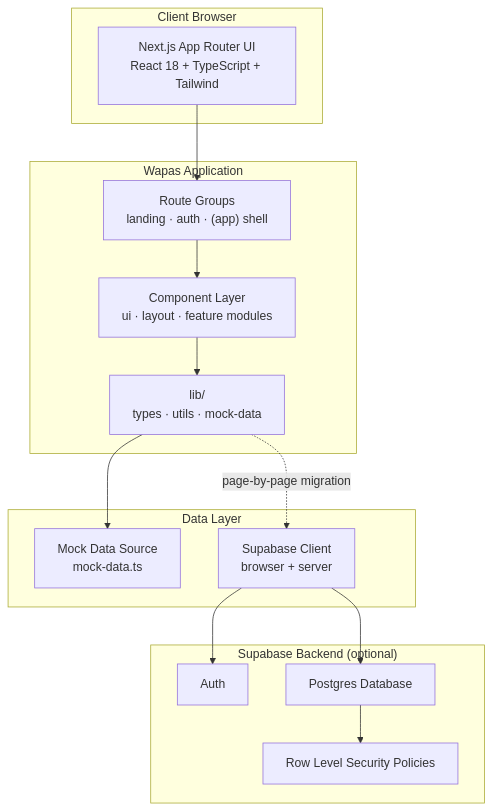
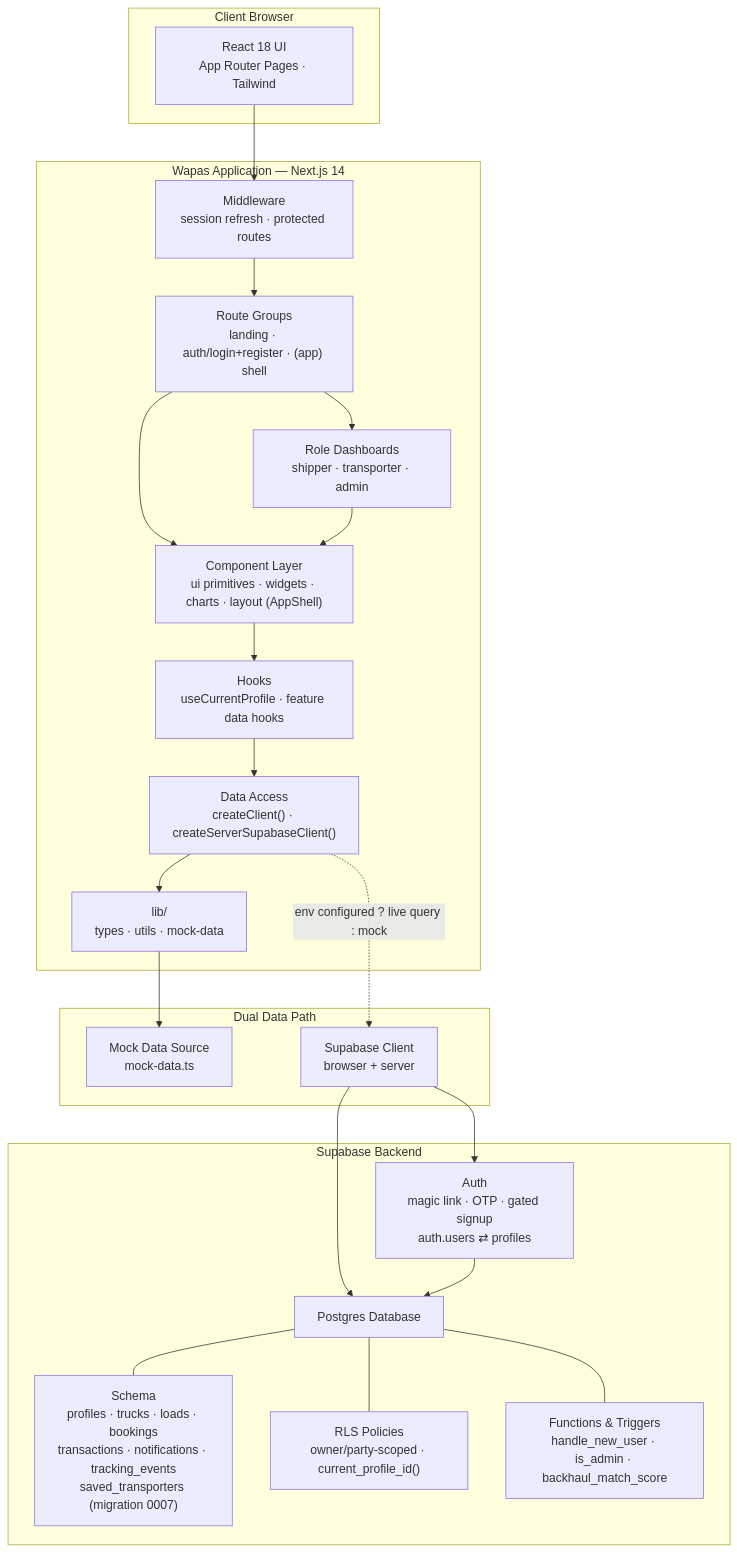
The diagram in README.md (Manas-Dikshit/Wapas), drawn with Mermaid before and after one commit. The commit also changed other lines of this file, not shown here.

Commit message:
docs: update architecture diagram and documentation to reflect Next.js 14 migration and Supabase integration details

````diff
--- a/README.md
+++ b/README.md
@@ -84,32 +84,46 @@
 ```mermaid
 flowchart TB
     subgraph Client["Client Browser"]
-        UI["Next.js App Router UI\nReact 18 + TypeScript + Tailwind"]
+        UI["React 18 UI\nApp Router Pages · Tailwind"]
     end
 
-    subgraph App["Wapas Application"]
-        Pages["Route Groups\nlanding · auth · (app) shell"]
-        Components["Component Layer\nui · layout · feature modules"]
-        Lib["lib/\ntypes · utils · mock-data"]
+    subgraph App["Wapas Application — Next.js 14"]
+        MW["Middleware\nsession refresh · protected routes"]
+        Routes["Route Groups\nlanding · auth/login+register · (app) shell"]
+        roleDash["Role Dashboards\nshipper · transporter · admin"]
+        components["Component Layer\nui primitives · widgets · charts · layout (AppShell)"]
+        hooks["Hooks\nuseCurrentProfile · feature data hooks"]
+        dataAccess["Data Access\ncreateClient() · createServerSupabaseClient()"]
+        lib["lib/\ntypes · utils · mock-data"]
     end
 
-    subgraph DataLayer["Data Layer"]
+    subgraph Data["Dual Data Path"]
         Mock["Mock Data Source\nmock-data.ts"]
         SupaClient["Supabase Client\nbrowser + server"]
     end
 
-    subgraph Backend["Supabase Backend (optional)"]
-        Auth["Auth"]
-        Postgres["Postgres Database"]
-        RLS["Row Level Security Policies"]
+    subgraph Backend["Supabase Backend"]
+        auth["Auth\nmagic link · OTP · gated signup\nauth.users ⇄ profiles"]
+        pg["Postgres Database"]
+        tbls["Schema\nprofiles · trucks · loads · bookings\ntransactions · notifications · tracking_events\nsaved_transporters (migration 0007)"]
+        rls["RLS Policies\nowner/party-scoped · current_profile_id()"]
+        fn["Functions & Triggers\nhandle_new_user · is_admin · backhaul_match_score"]
     end
 
-    UI --> Pages
-    Pages --> Components
-    Components --> Lib
-    Lib --> Mock
-    Lib -. "page-by-page migration" .-> SupaClient
-    SupaClient --> Auth
-    SupaClient --> Postgres
-    Postgres --> RLS
+    UI --> MW
+    MW --> Routes
+    Routes --> roleDash
+    Routes --> components
+    roleDash --> components
+    components --> hooks
+    hooks --> dataAccess
+    dataAccess --> lib
+    lib --> Mock
+    dataAccess -. "env configured ? live query : mock" .-> SupaClient
+    SupaClient --> auth
+    SupaClient --> pg
+    pg --- tbls
+    pg --- rls
+    pg --- fn
+    auth --> pg
 ```
````
